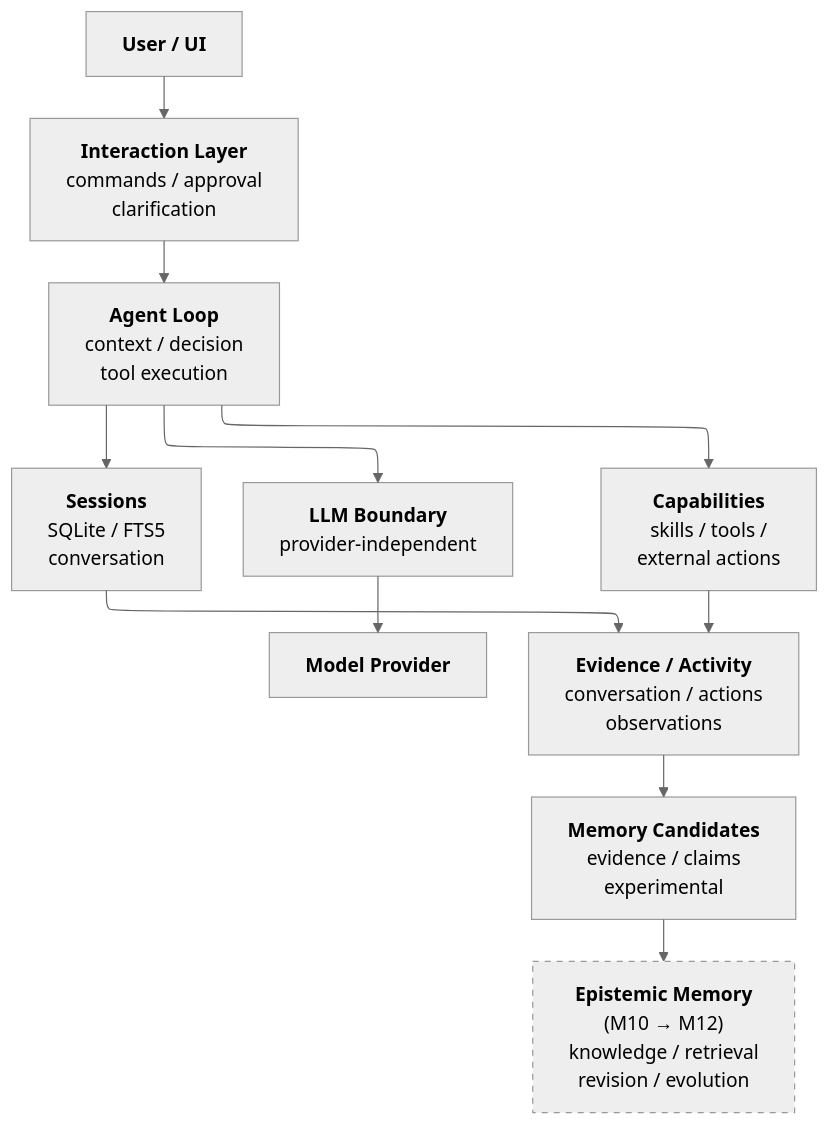
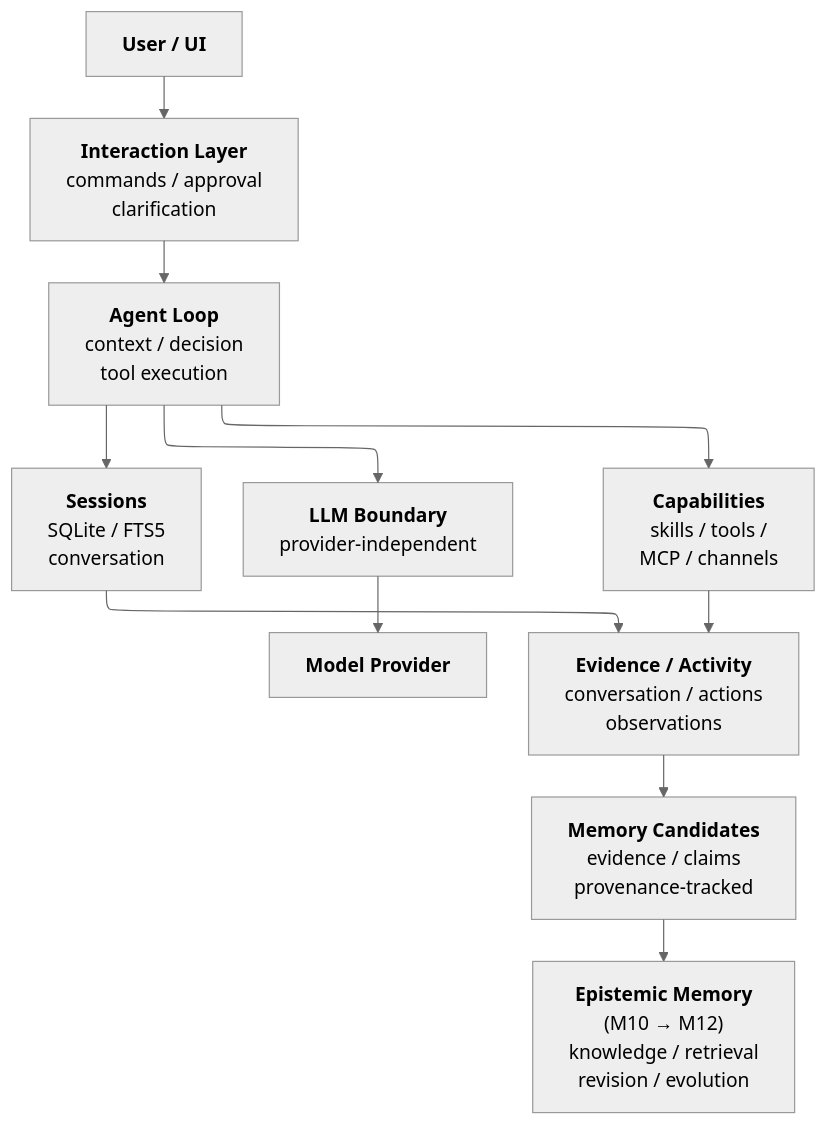
The diagram in README.md (robjvan/icos), drawn with Mermaid (neutral theme) before and after one commit. The commit also changed other lines of this file and 2 other files, not shown here.

First line of the commit message:
docs: reconcile README, ARCHITECTURE, and status to M20

````diff
--- a/README.md
+++ b/README.md
@@ -247,40 +252,37 @@
 ```mermaid
 flowchart TD
 %%{init: {"layout": "elk"}}%%
 User["<b>User / UI</b>"]
 
 Interaction["<b>Interaction Layer</b><br/>commands / approval<br/>clarification"]
 
 Agent["<b>Agent Loop</b><br/>context / decision<br/>tool execution"]
 
 Sessions["<b>Sessions</b><br/>SQLite / FTS5<br/>conversation"]
 
 LLM["<b>LLM Boundary</b><br/>provider-independent"]
 
-Capabilities["<b>Capabilities</b><br/>skills / tools /<br/>external actions"]
+Capabilities["<b>Capabilities</b><br/>skills / tools /<br/>MCP / channels"]
 
 Provider["<b>Model Provider</b>"]
 
 Evidence["<b>Evidence / Activity</b><br/>conversation / actions<br/>observations"]
 
-MemCandidates["<b>Memory Candidates</b><br/>evidence / claims<br/>experimental"]
+MemCandidates["<b>Memory Candidates</b><br/>evidence / claims<br/>provenance-tracked"]
 
 EpistemicMem["<b>Epistemic Memory</b><br/>(M10 → M12)<br/>knowledge / retrieval<br/>revision / evolution"]
 
 User --> Interaction --> Agent
 
 Agent --> Sessions
 Agent --> LLM
 Agent --> Capabilities
 
 LLM --> Provider
 
 Sessions --> Evidence
 Capabilities --> Evidence
 
 Evidence --> MemCandidates
 MemCandidates --> EpistemicMem
-
-%% Experimental / planned components
-style EpistemicMem stroke-dasharray: 5 5
 ```
````
